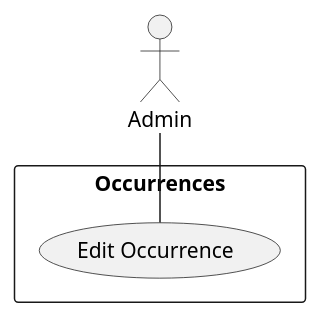
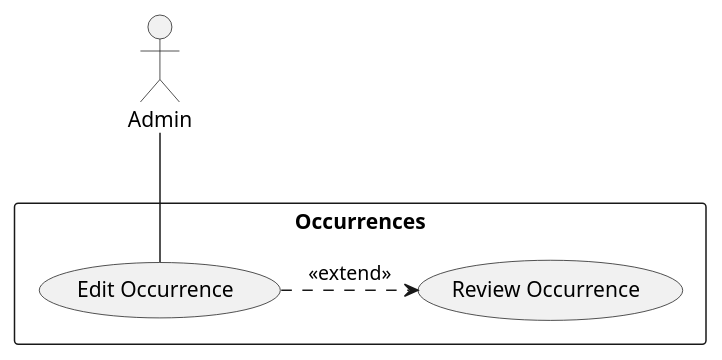
Before and after one commit to bmb0136/COMP-3700-Project: the diagram in Use Cases/EditOccurrence.iuml, drawn with PlantUML. The commit also changed other lines of this file and 8 other files, not shown here.

```diff
--- a/Use Cases/EditOccurrence.iuml
+++ b/Use Cases/EditOccurrence.iuml
@@ -1,7 +1,9 @@
 @startuml Edit Occurence
 rectangle "Occurrences"{
 (Edit Occurrence)
+(Review Occurrence)
 }
 actor :Admin:
 Admin -- (Edit Occurrence)
+(Edit Occurrence) .> (Review Occurrence) : <<extend>>
 @enduml
```
